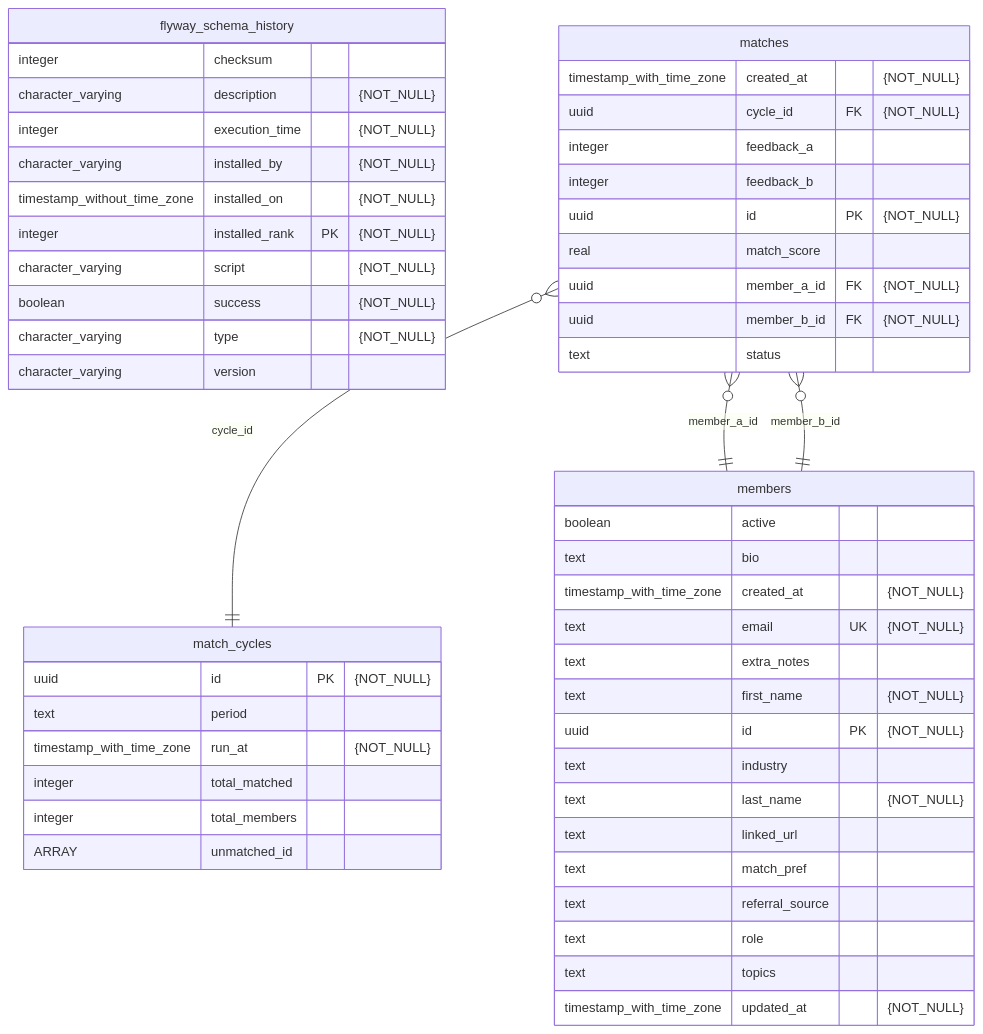
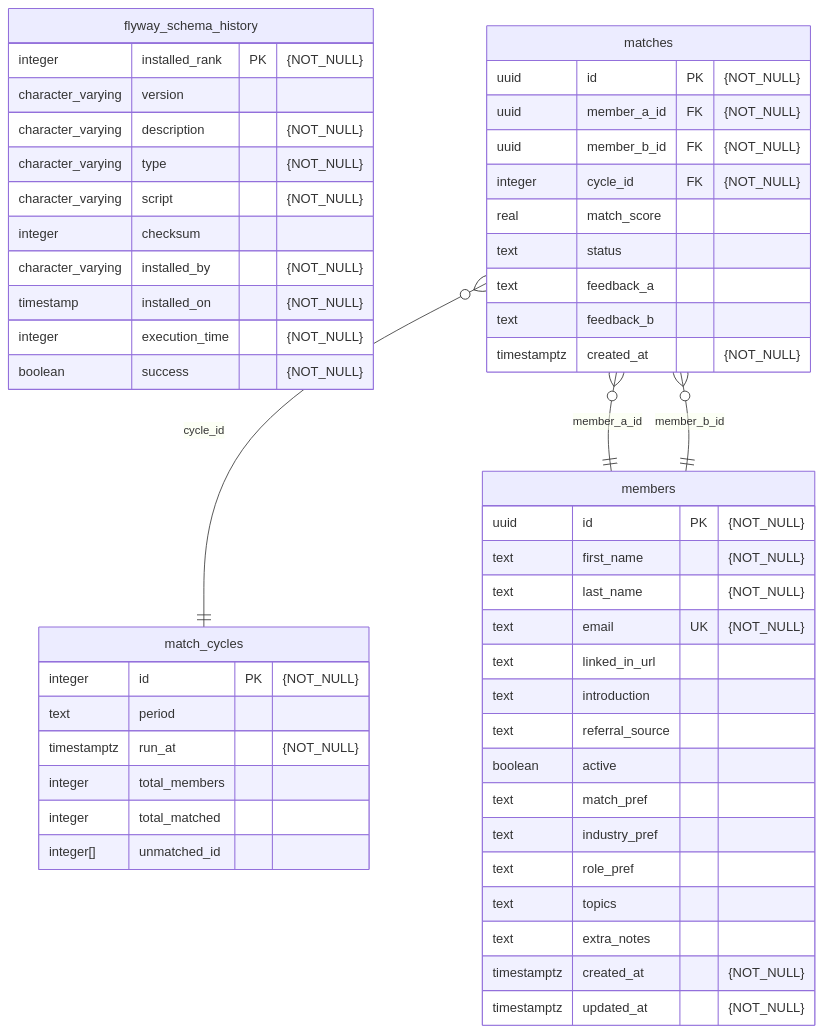
One commit to Patina-Network/patchats changed the diagram in db/README.md. Above: the diagram before and after it, drawn with Mermaid.

Commit message:
Ordered db README columns

````diff
--- a/db/README.md
+++ b/db/README.md
@@ -3,58 +3,58 @@
 ```mermaid
 erDiagram
     flyway_schema_history {
+        integer installed_rank PK "{NOT_NULL}"
+        character_varying version
+        character_varying description "{NOT_NULL}"
+        character_varying type "{NOT_NULL}"
+        character_varying script "{NOT_NULL}"
         integer checksum
-        character_varying description "{NOT_NULL}"
+        character_varying installed_by "{NOT_NULL}"
+        timestamp installed_on "{NOT_NULL}"
         integer execution_time "{NOT_NULL}"
-        character_varying installed_by "{NOT_NULL}"
-        timestamp_without_time_zone installed_on "{NOT_NULL}"
-        integer installed_rank PK "{NOT_NULL}"
-        character_varying script "{NOT_NULL}"
         boolean success "{NOT_NULL}"
-        character_varying type "{NOT_NULL}"
-        character_varying version
     }
 
     match_cycles {
-        uuid id PK "{NOT_NULL}"
+        integer id PK "{NOT_NULL}"
         text period
-        timestamp_with_time_zone run_at "{NOT_NULL}"
+        timestamptz run_at "{NOT_NULL}"
+        integer total_members
         integer total_matched
-        integer total_members
-        ARRAY unmatched_id
+        integer[] unmatched_id
     }
 
     matches {
-        timestamp_with_time_zone created_at "{NOT_NULL}"
-        uuid cycle_id FK "{NOT_NULL}"
-        integer feedback_a
-        integer feedback_b
         uuid id PK "{NOT_NULL}"
-        real match_score
         uuid member_a_id FK "{NOT_NULL}"
         uuid member_b_id FK "{NOT_NULL}"
+        integer cycle_id FK "{NOT_NULL}"
+        real match_score
         text status
+        text feedback_a
+        text feedback_b
+        timestamptz created_at "{NOT_NULL}"
     }
 
     members {
+        uuid id PK "{NOT_NULL}"
+        text first_name "{NOT_NULL}"
+        text last_name "{NOT_NULL}"
+        text email UK "{NOT_NULL}"
+        text linked_in_url
+        text introduction
+        text referral_source
         boolean active
-        text bio
-        timestamp_with_time_zone created_at "{NOT_NULL}"
-        text email UK "{NOT_NULL}"
+        text match_pref
+        text industry_pref
+        text role_pref
+        text topics
         text extra_notes
-        text first_name "{NOT_NULL}"
-        uuid id PK "{NOT_NULL}"
-        text industry
-        text last_name "{NOT_NULL}"
-        text linked_url
-        text match_pref
-        text referral_source
-        text role
-        text topics
-        timestamp_with_time_zone updated_at "{NOT_NULL}"
+        timestamptz created_at "{NOT_NULL}"
+        timestamptz updated_at "{NOT_NULL}"
     }
 
     matches }o--|| match_cycles : "cycle_id"
     matches }o--|| members : "member_a_id"
     matches }o--|| members : "member_b_id"
 ```
````
